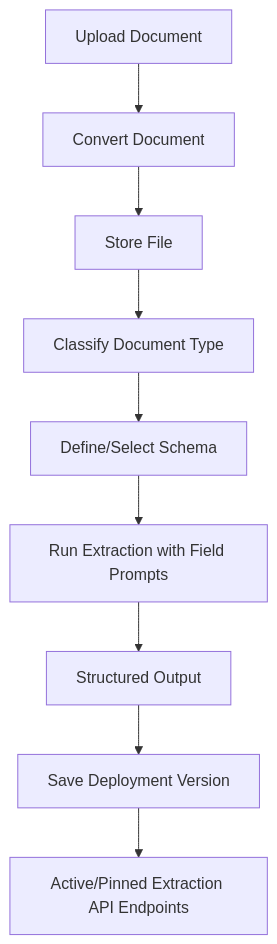
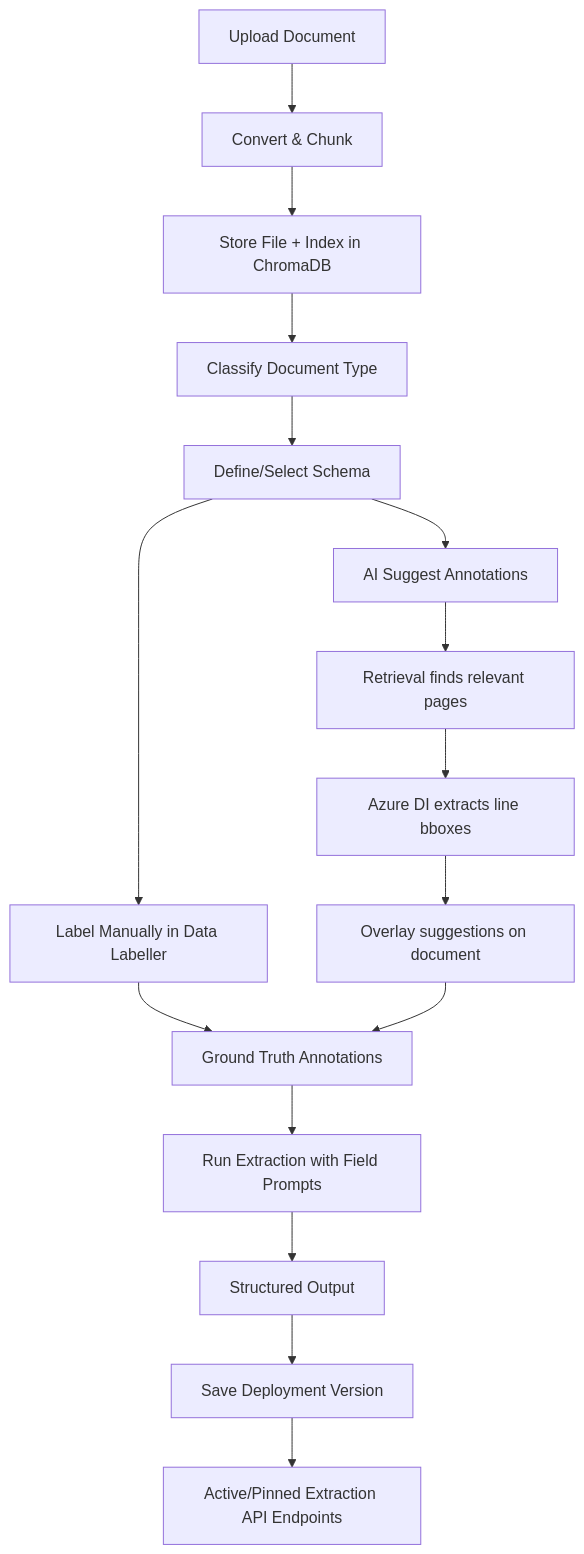
The second of 2 diagrams in README.md (Matthew-Booth-Py/data-labeller), drawn with Mermaid before and after one commit. The commit also changed other lines of this file, not shown here.

````diff
--- a/README.md
+++ b/README.md
@@ -53,11 +66,18 @@
 ```mermaid
 flowchart TD
-    A[Upload Document] --> B[Convert Document]
-    B --> C[Store File]
+    A[Upload Document] --> B[Convert & Chunk]
+    B --> C[Store File + Index in ChromaDB]
     C --> D[Classify Document Type]
     D --> E[Define/Select Schema]
-    E --> F[Run Extraction with Field Prompts]
-    F --> G[Structured Output]
-    G --> H[Save Deployment Version]
-    H --> I[Active/Pinned Extraction API Endpoints]
+    E --> F1[Label Manually in Data Labeller]
+    E --> F2[AI Suggest Annotations]
+    F2 --> F2a[Retrieval finds relevant pages]
+    F2a --> F2b[Azure DI extracts line bboxes]
+    F2b --> F2c[Overlay suggestions on document]
+    F1 --> G[Ground Truth Annotations]
+    F2c --> G
+    G --> H[Run Extraction with Field Prompts]
+    H --> I[Structured Output]
+    I --> J[Save Deployment Version]
+    J --> K[Active/Pinned Extraction API Endpoints]
 ```
````
